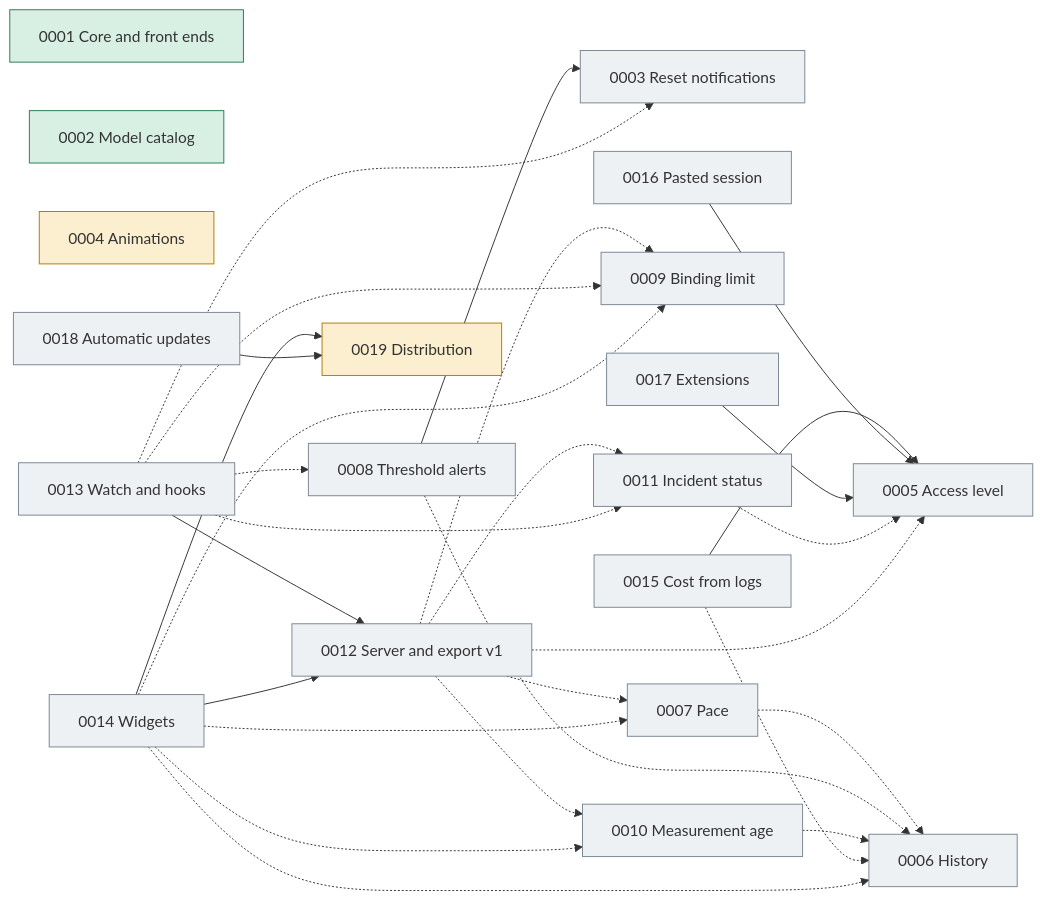
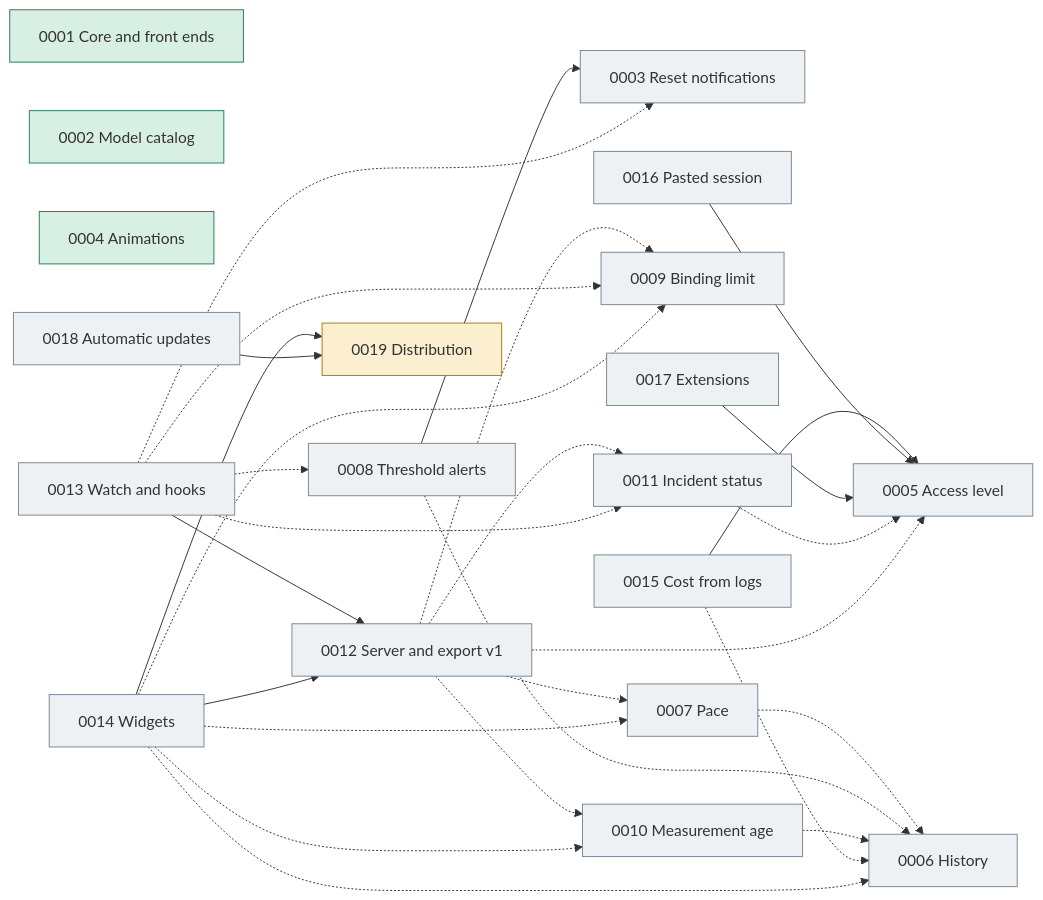
The diagram in docs/plans/0000_control.md (jmarcon/cuotai), drawn with Mermaid before and after one commit. The commit also changed other lines of this file and 11 other files, not shown here.

````diff
--- a/docs/plans/0000_control.md
+++ b/docs/plans/0000_control.md
@@ -70,54 +71,54 @@
 ```mermaid
 graph LR
   classDef done fill:#d8f0e4,stroke:#2a7d55
   classDef wip fill:#fbefcf,stroke:#b07d00
   classDef todo fill:#eef1f4,stroke:#7a8794
 
   P1["0001 Core and front ends"]:::done
   P2["0002 Model catalog"]:::done
   P3["0003 Reset notifications"]:::todo
-  P4["0004 Animations"]:::wip
+  P4["0004 Animations"]:::done
   P5["0005 Access level"]:::todo
   P6["0006 History"]:::todo
   P7["0007 Pace"]:::todo
   P8["0008 Threshold alerts"]:::todo
   P9["0009 Binding limit"]:::todo
   P10["0010 Measurement age"]:::todo
   P11["0011 Incident status"]:::todo
   P12["0012 Server and export v1"]:::todo
   P13["0013 Watch and hooks"]:::todo
   P14["0014 Widgets"]:::todo
   P15["0015 Cost from logs"]:::todo
   P16["0016 Pasted session"]:::todo
   P17["0017 Extensions"]:::todo
   P18["0018 Automatic updates"]:::todo
   P19["0019 Distribution"]:::wip
 
   P8 --> P3
   P13 --> P12
   P14 --> P12
   P14 --> P19
   P15 --> P5
   P16 --> P5
   P17 --> P5
   P18 --> P19
 
   P7 -.-> P6
   P8 -.-> P6
   P10 -.-> P6
   P11 -.-> P5
   P15 -.-> P6
   P12 -.-> P5
   P12 -.-> P7
   P12 -.-> P9
   P12 -.-> P10
   P12 -.-> P11
   P13 -.-> P3
   P13 -.-> P8
   P13 -.-> P9
   P13 -.-> P11
   P14 -.-> P6
   P14 -.-> P7
   P14 -.-> P9
   P14 -.-> P10
 ```
````
